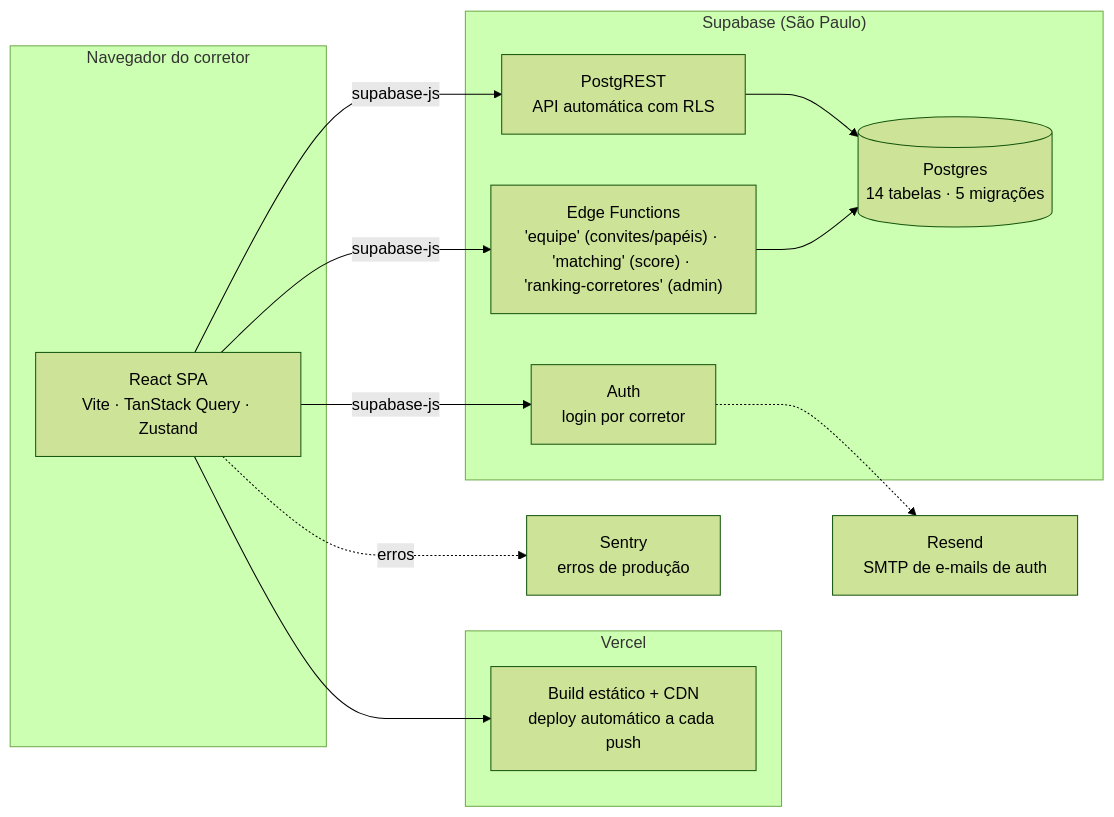
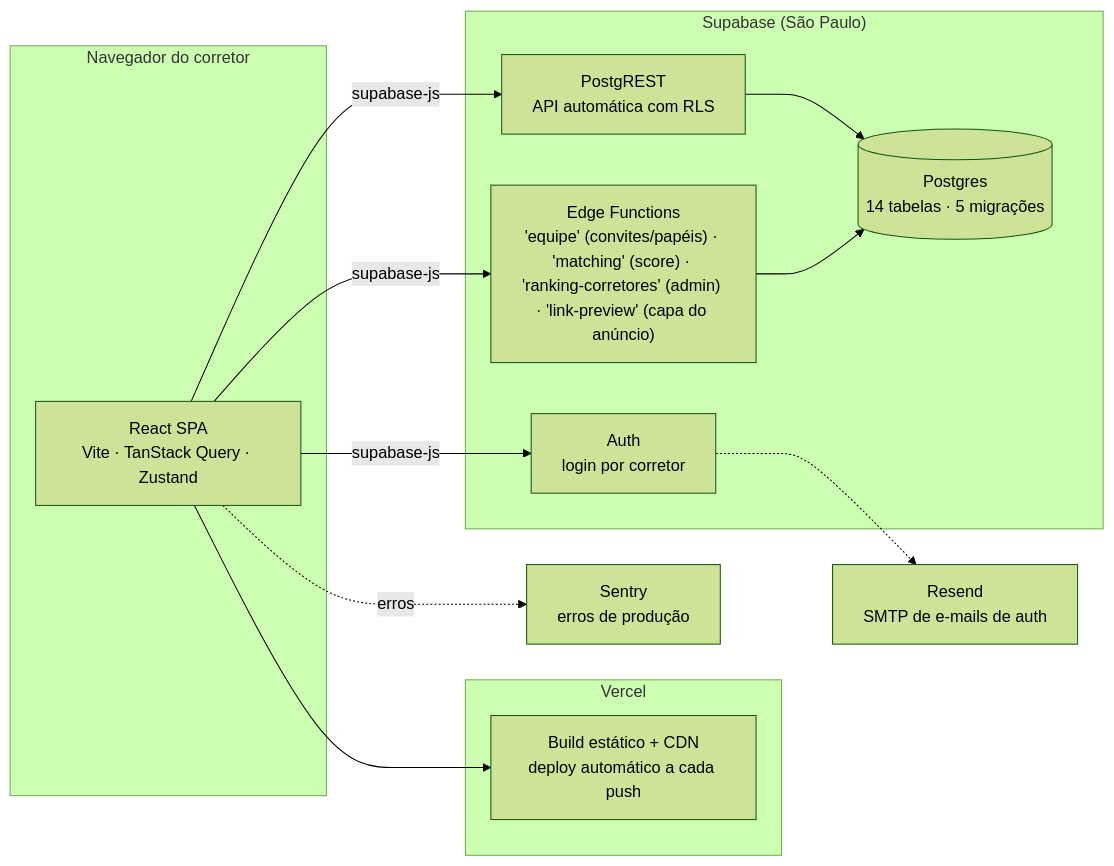
The first of 4 diagrams in README.md (mrobertzenith/navis-com-voce-mockup), drawn with Mermaid (forest theme) before and after one commit. The commit also changed other lines of this file and 11 other files, not shown here.

First line of the commit message:
Compartilhar vários imóveis (só os links) e capa do anúncio pelo link

````diff
--- a/README.md
+++ b/README.md
@@ -14,29 +14,29 @@
 ```mermaid
 flowchart LR
     subgraph client["Navegador do corretor"]
         UI["React SPA<br/>Vite · TanStack Query · Zustand"]
     end
 
     subgraph vercel["Vercel"]
         CDN["Build estático + CDN<br/>deploy automático a cada push"]
     end
 
     subgraph supabase["Supabase (São Paulo)"]
         AUTH["Auth<br/>login por corretor"]
         API["PostgREST<br/>API automática com RLS"]
-        FN["Edge Functions<br/>'equipe' (convites/papéis) · 'matching' (score) · 'ranking-corretores' (admin)"]
+        FN["Edge Functions<br/>'equipe' (convites/papéis) · 'matching' (score) · 'ranking-corretores' (admin) · 'link-preview' (capa do anúncio)"]
         DB[("Postgres<br/>14 tabelas · 5 migrações")]
     end
 
     SENTRY["Sentry<br/>erros de produção"]
     RESEND["Resend<br/>SMTP de e-mails de auth"]
 
     UI --> CDN
     UI -->|supabase-js| AUTH
     UI -->|supabase-js| API
     UI -->|supabase-js| FN
     API --> DB
     FN --> DB
     AUTH -.-> RESEND
     UI -.->|erros| SENTRY
 ```
````
